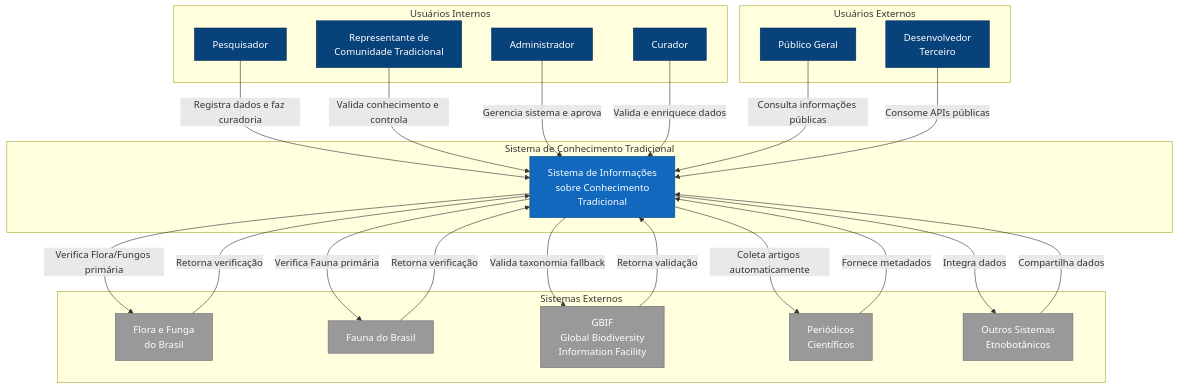
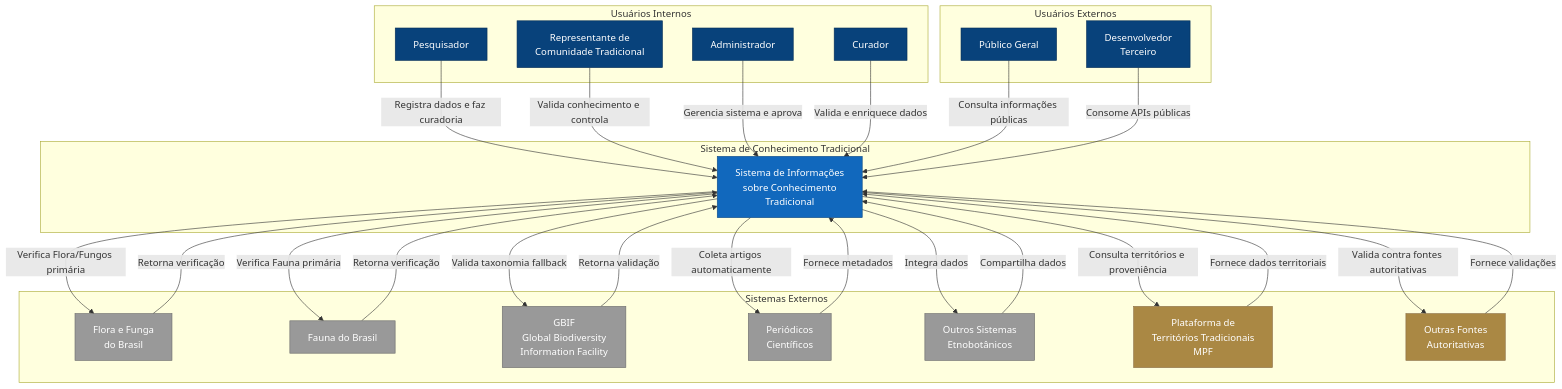
Before and after one commit to edalcin/etnoArquitetura: the diagram in docs/c4-model/01-context-diagram.md, drawn with Mermaid. The commit also changed other lines of this file and 4 other files, not shown here.

````diff
--- a/docs/c4-model/01-context-diagram.md
+++ b/docs/c4-model/01-context-diagram.md
@@ -9,59 +9,67 @@
 ```mermaid
 graph TB
     subgraph "Usuários Internos"
         PQ[Pesquisador]
         RC[Representante de<br/>Comunidade Tradicional]
         ADM[Administrador]
         CUR[Curador]
     end
 
     subgraph "Sistema de Conhecimento Tradicional"
         SYS[Sistema de Informações<br/>sobre Conhecimento<br/>Tradicional]
     end
 
     subgraph "Usuários Externos"
         PUB[Público Geral]
         DEV[Desenvolvedor<br/>Terceiro]
     end
 
     subgraph "Sistemas Externos"
         FLORA[Flora e Funga<br/>do Brasil]
         FAUNA[Fauna do Brasil]
         GBIF[GBIF<br/>Global Biodiversity<br/>Information Facility]
         JOURNALS[Periódicos<br/>Científicos]
         EXT[Outros Sistemas<br/>Etnobotânicos]
+        TERR[Plataforma de<br/>Territórios Tradicionais<br/>MPF]
+        AUTH[Outras Fontes<br/>Autoritativas]
     end
 
     PQ -->|Registra dados e faz curadoria| SYS
     RC -->|Valida conhecimento e controla| SYS
     ADM -->|Gerencia sistema e aprova| SYS
     CUR -->|Valida e enriquece dados| SYS
 
     PUB -->|Consulta informações públicas| SYS
     DEV -->|Consome APIs públicas| SYS
 
     SYS -->|Verifica Flora/Fungos primária| FLORA
     SYS -->|Verifica Fauna primária| FAUNA
     SYS -->|Valida taxonomia fallback| GBIF
     SYS -->|Coleta artigos automaticamente| JOURNALS
     SYS -->|Integra dados| EXT
+    SYS -->|Consulta territórios e proveniência| TERR
+    SYS -->|Valida contra fontes autoritativas| AUTH
 
     FLORA -->|Retorna verificação| SYS
     FAUNA -->|Retorna verificação| SYS
     GBIF -->|Retorna validação| SYS
     JOURNALS -->|Fornece metadados| SYS
     EXT -->|Compartilha dados| SYS
+    TERR -->|Fornece dados territoriais| SYS
+    AUTH -->|Fornece validações| SYS
 
     style SYS fill:#1168bd,stroke:#0b4884,color:#ffffff
     style PQ fill:#08427b,stroke:#052e56,color:#ffffff
     style RC fill:#08427b,stroke:#052e56,color:#ffffff
     style ADM fill:#08427b,stroke:#052e56,color:#ffffff
     style CUR fill:#08427b,stroke:#052e56,color:#ffffff
     style PUB fill:#08427b,stroke:#052e56,color:#ffffff
     style DEV fill:#08427b,stroke:#052e56,color:#ffffff
     style FLORA fill:#999999,stroke:#6b6b6b,color:#ffffff
     style FAUNA fill:#999999,stroke:#6b6b6b,color:#ffffff
     style GBIF fill:#999999,stroke:#6b6b6b,color:#ffffff
     style JOURNALS fill:#999999,stroke:#6b6b6b,color:#ffffff
     style EXT fill:#999999,stroke:#6b6b6b,color:#ffffff
+    style TERR fill:#aa8844,stroke:#8b6f47,color:#ffffff
+    style AUTH fill:#aa8844,stroke:#8b6f47,color:#ffffff
 ```
````
